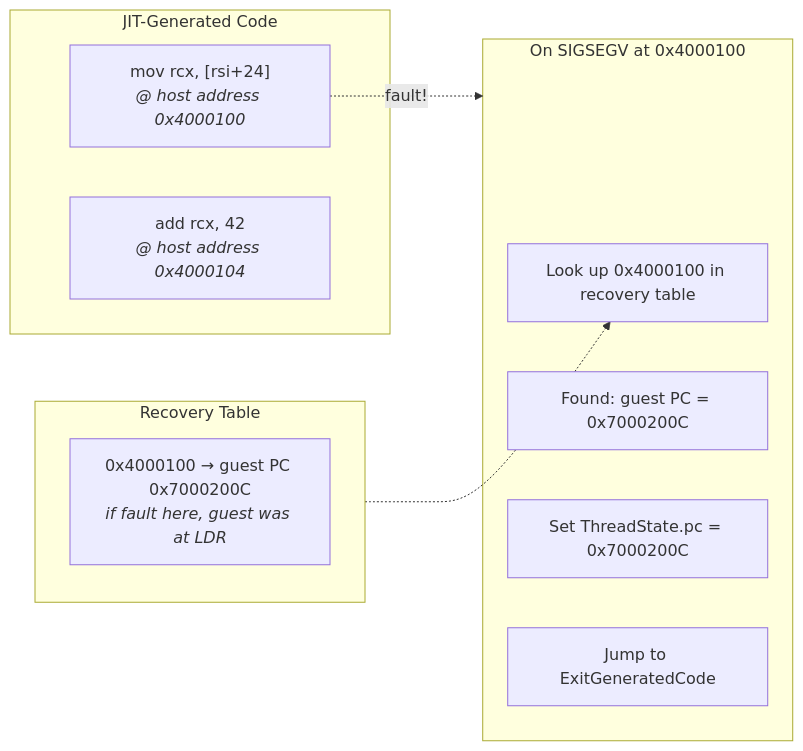
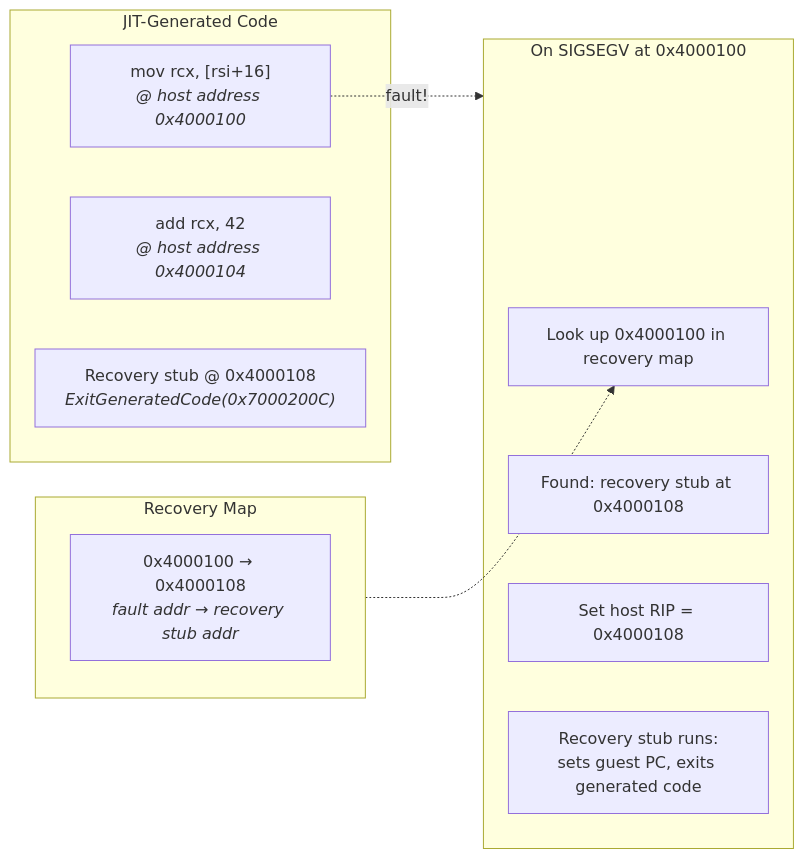
One commit to DigitalisX64/digitalis changed diagram 27 of 41 in docs/how-it-works.md. Above: the diagram before and after it, drawn with Mermaid. The commit also changed other lines of this file, not shown here.

````diff
--- a/docs/how-it-works.md
+++ b/docs/how-it-works.md
@@ -1393,21 +1396,22 @@
 ```mermaid
 graph LR
     subgraph JIT_Code["JIT-Generated Code"]
-        I1["mov rcx, [rsi+24]<br/><i>@ host address 0x4000100</i>"]
+        I1["mov rcx, [rsi+16]<br/><i>@ host address 0x4000100</i>"]
         I2["add rcx, 42<br/><i>@ host address 0x4000104</i>"]
+        RS["Recovery stub @ 0x4000108<br/><i>ExitGeneratedCode(0x7000200C)</i>"]
     end
 
-    subgraph Recovery["Recovery Table"]
-        R1["0x4000100 → guest PC 0x7000200C<br/><i>if fault here, guest was at LDR</i>"]
+    subgraph Recovery["Recovery Map"]
+        R1["0x4000100 → 0x4000108<br/><i>fault addr → recovery stub addr</i>"]
     end
 
     subgraph Handler["On SIGSEGV at 0x4000100"]
-        H1["Look up 0x4000100 in recovery table"]
-        H2["Found: guest PC = 0x7000200C"]
-        H3["Set ThreadState.pc = 0x7000200C"]
-        H4["Jump to ExitGeneratedCode"]
+        H1["Look up 0x4000100 in recovery map"]
+        H2["Found: recovery stub at 0x4000108"]
+        H3["Set host RIP = 0x4000108"]
+        H4["Recovery stub runs:<br/>sets guest PC, exits generated code"]
     end
 
     I1 -.->|"fault!"| Handler
     Recovery -.-> H1
 ```
````
